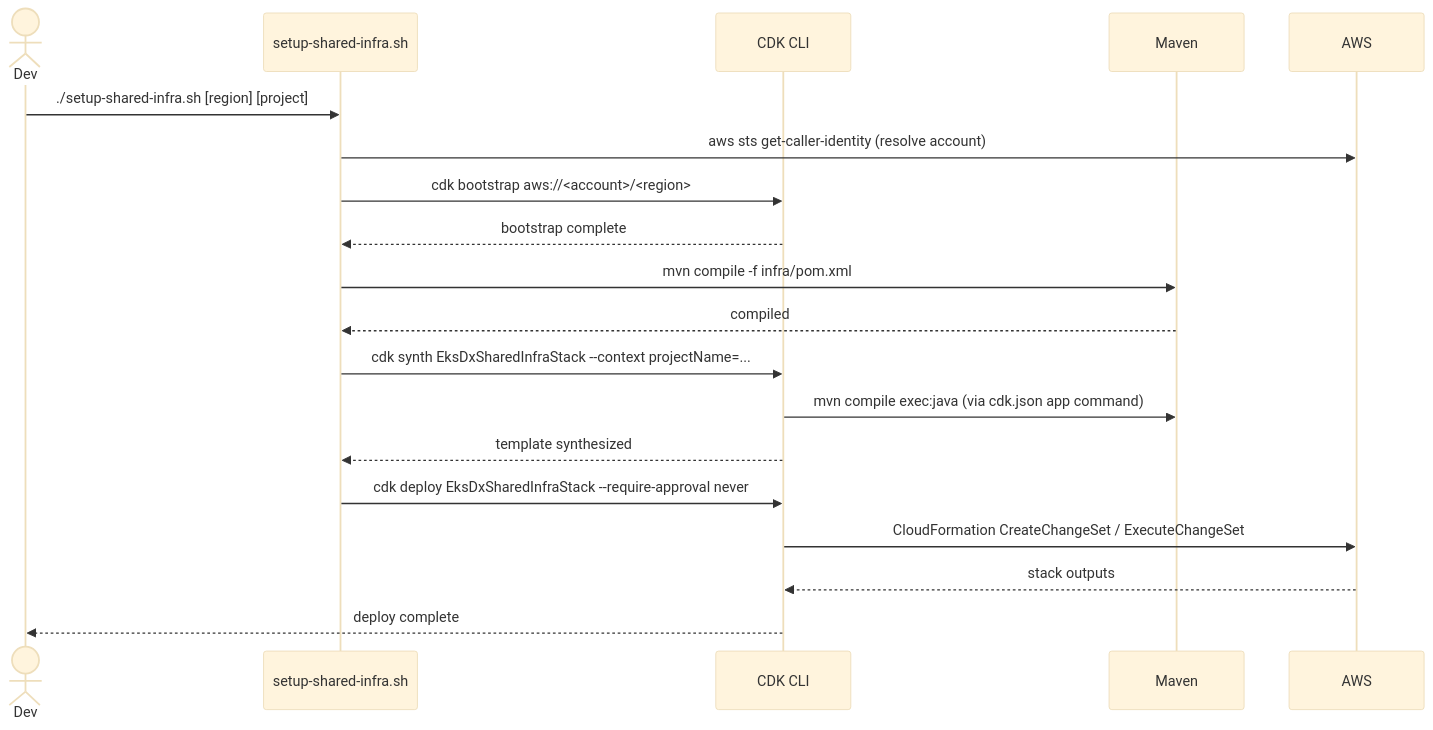
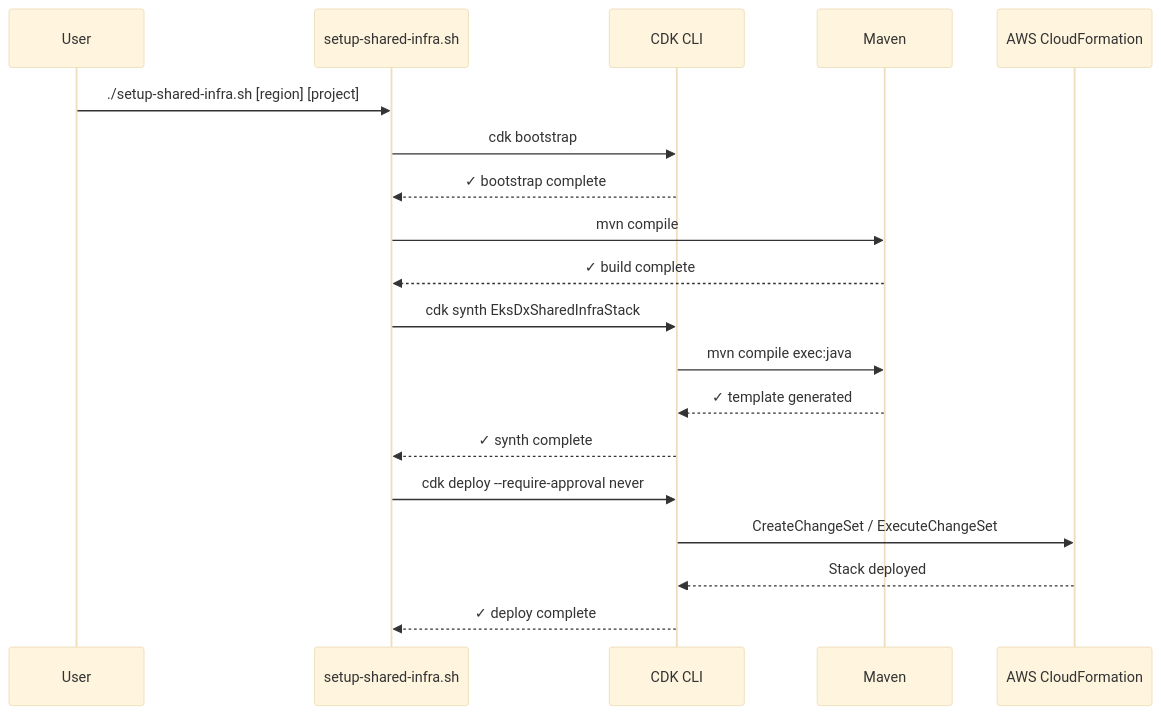
Before and after one commit to codriverlabs/express-compute-managed-k8s-infra: the first of 4 diagrams in .agents/summary/workflows.md, drawn with Mermaid (base theme). The commit also changed other lines of this file and 9 other files, not shown here.

````diff
--- a/.agents/summary/workflows.md
+++ b/.agents/summary/workflows.md
@@ -5,22 +5,22 @@
 ```mermaid
 sequenceDiagram
-    actor Dev
+    participant User
     participant Script as setup-shared-infra.sh
     participant CDK as CDK CLI
-    participant Maven as Maven
-    participant AWS
+    participant Maven
+    participant AWS as AWS CloudFormation
 
-    Dev->>Script: ./setup-shared-infra.sh [region] [project]
-    Script->>AWS: aws sts get-caller-identity (resolve account)
-    Script->>CDK: cdk bootstrap aws://<account>/<region>
-    CDK-->>Script: bootstrap complete
-    Script->>Maven: mvn compile -f infra/pom.xml
-    Maven-->>Script: compiled
-    Script->>CDK: cdk synth EksDxSharedInfraStack --context projectName=...
-    CDK->>Maven: mvn compile exec:java (via cdk.json app command)
-    CDK-->>Script: template synthesized
-    Script->>CDK: cdk deploy EksDxSharedInfraStack --require-approval never
-    CDK->>AWS: CloudFormation CreateChangeSet / ExecuteChangeSet
-    AWS-->>CDK: stack outputs
-    CDK-->>Dev: deploy complete
+    User->>Script: ./setup-shared-infra.sh [region] [project]
+    Script->>CDK: cdk bootstrap
+    CDK-->>Script: ✓ bootstrap complete
+    Script->>Maven: mvn compile
+    Maven-->>Script: ✓ build complete
+    Script->>CDK: cdk synth EksDxSharedInfraStack
+    CDK->>Maven: mvn compile exec:java
+    Maven-->>CDK: ✓ template generated
+    CDK-->>Script: ✓ synth complete
+    Script->>CDK: cdk deploy --require-approval never
+    CDK->>AWS: CreateChangeSet / ExecuteChangeSet
+    AWS-->>CDK: Stack deployed
+    CDK-->>Script: ✓ deploy complete
 ```
````
